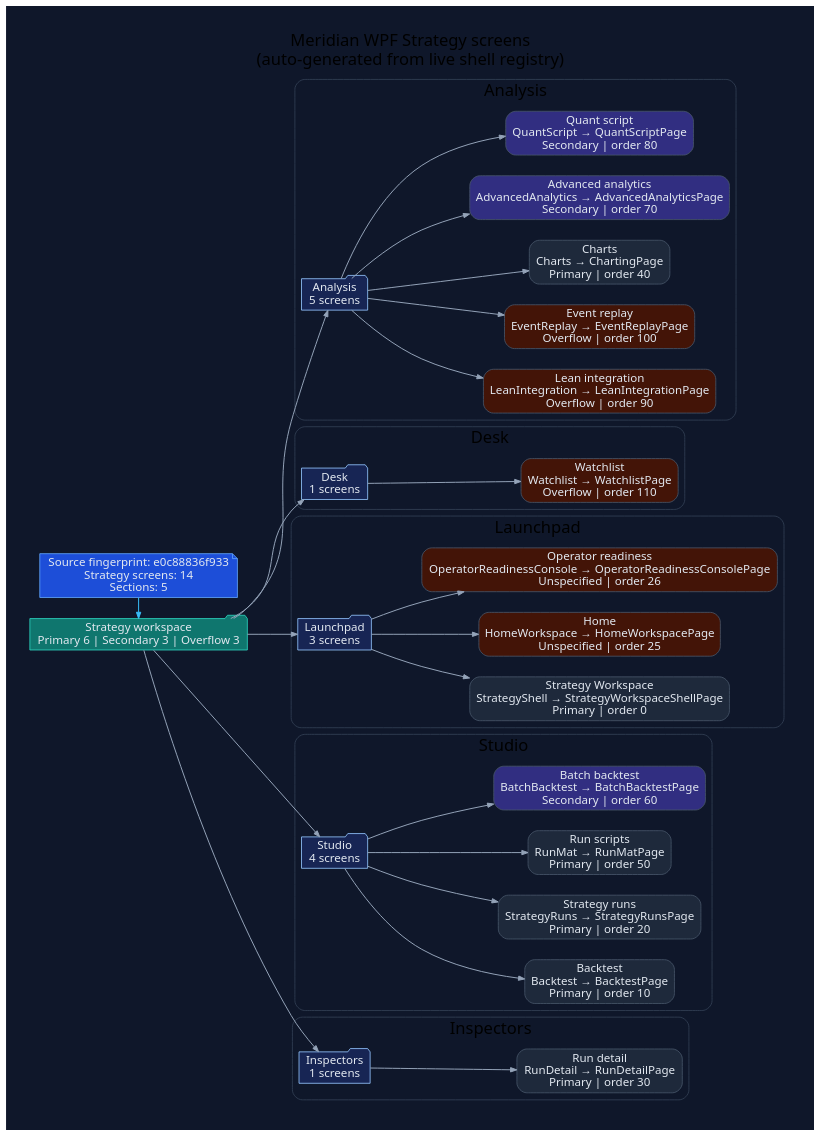
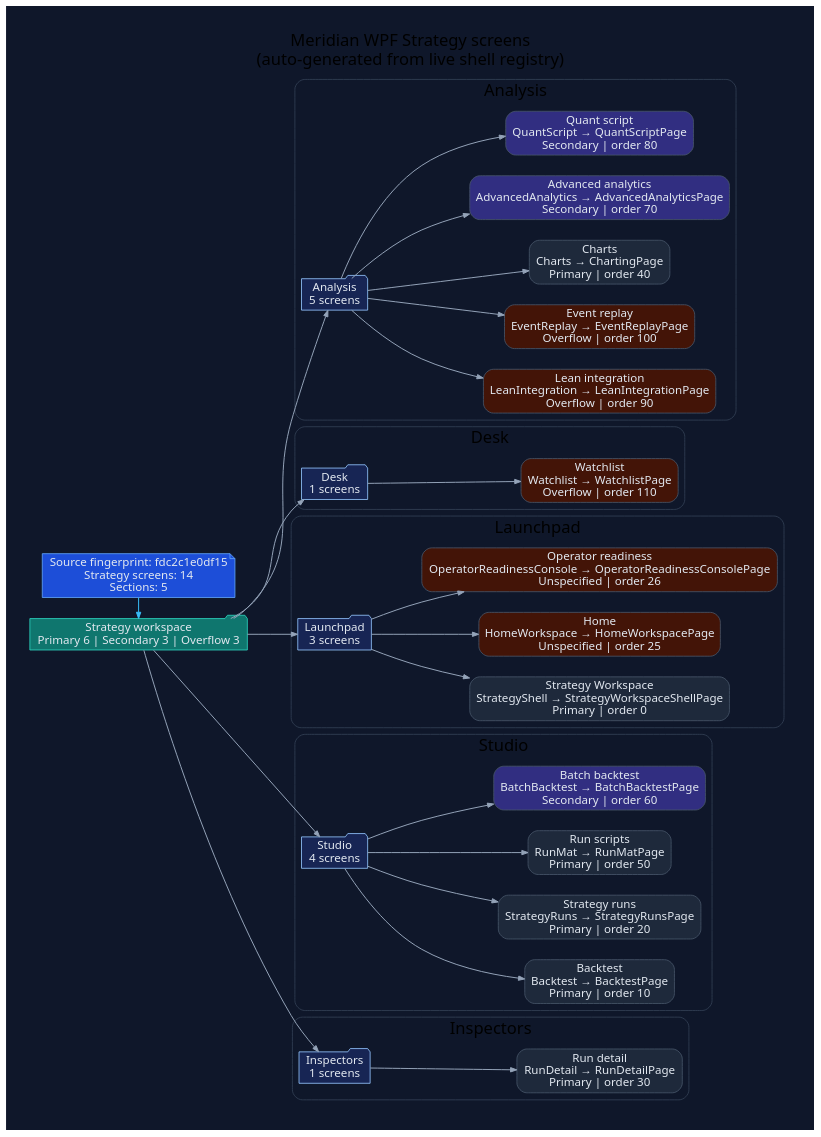
One commit to rodoHasArrived/Meridian-main changed the diagram in docs/diagrams/ui-wpf-screens-strategy.dot. Above: the diagram before and after it, drawn with Graphviz. The commit also changed 187 other files, not shown here.

```diff
--- a/docs/diagrams/ui-wpf-screens-strategy.dot
+++ b/docs/diagrams/ui-wpf-screens-strategy.dot
@@ -1,94 +1,94 @@
 // -----------------------------------------------------------------------------
 // <auto-generated>
 // Generated by scripts/generate-diagrams.mjs.
 // Do not edit this file directly; update the WPF source files instead.
 // -----------------------------------------------------------------------------
 digraph WpfStrategyScreens {
   graph [
     rankdir=LR,
     labelloc=t,
     label="Meridian WPF Strategy screens\n(auto-generated from live shell registry)",
     fontname="Segoe UI",
     fontsize=20,
     pad=0.4,
     nodesep=0.35,
     ranksep=0.85,
     bgcolor="#0f172a"
   ];
   node [fontname="Segoe UI", shape=box, style="rounded,filled", color="#475569", fontcolor="#e2e8f0", fillcolor="#1e293b"];
   edge [fontname="Segoe UI", color="#94a3b8", penwidth=1.2, arrowsize=0.75];
 
-  generated [shape=note, fillcolor="#1d4ed8", color="#60a5fa", label="Source fingerprint: e0c88836f933\nStrategy screens: 14\nSections: 5"];
+  generated [shape=note, fillcolor="#1d4ed8", color="#60a5fa", label="Source fingerprint: fdc2c1e0df15\nStrategy screens: 14\nSections: 5"];
   workspace [shape=folder, fillcolor="#0f766e", color="#2dd4bf", label="Strategy workspace\nPrimary 6 | Secondary 3 | Overflow 3"];
   generated -> workspace [color="#38bdf8"];
 
   subgraph cluster_section_1 {
     label="Analysis";
     color="#334155";
     style="rounded";
     section_1 [shape=folder, fillcolor="#172554", color="#93c5fd", label="Analysis\n5 screens"];
     workspace -> section_1;
     screen_LeanIntegration [fillcolor="#431407", label="Lean integration\nLeanIntegration → LeanIntegrationPage\nOverflow | order 90"];
     section_1 -> screen_LeanIntegration;
     screen_EventReplay [fillcolor="#431407", label="Event replay\nEventReplay → EventReplayPage\nOverflow | order 100"];
     section_1 -> screen_EventReplay;
     screen_Charts [fillcolor="#1e293b", label="Charts\nCharts → ChartingPage\nPrimary | order 40"];
     section_1 -> screen_Charts;
     screen_AdvancedAnalytics [fillcolor="#312e81", label="Advanced analytics\nAdvancedAnalytics → AdvancedAnalyticsPage\nSecondary | order 70"];
     section_1 -> screen_AdvancedAnalytics;
     screen_QuantScript [fillcolor="#312e81", label="Quant script\nQuantScript → QuantScriptPage\nSecondary | order 80"];
     section_1 -> screen_QuantScript;
   }
 
   subgraph cluster_section_2 {
     label="Desk";
     color="#334155";
     style="rounded";
     section_2 [shape=folder, fillcolor="#172554", color="#93c5fd", label="Desk\n1 screens"];
     workspace -> section_2;
     screen_Watchlist [fillcolor="#431407", label="Watchlist\nWatchlist → WatchlistPage\nOverflow | order 110"];
     section_2 -> screen_Watchlist;
   }
 
   subgraph cluster_section_3 {
     label="Launchpad";
     color="#334155";
     style="rounded";
     section_3 [shape=folder, fillcolor="#172554", color="#93c5fd", label="Launchpad\n3 screens"];
     workspace -> section_3;
     screen_StrategyShell [fillcolor="#1e293b", label="Strategy Workspace\nStrategyShell → StrategyWorkspaceShellPage\nPrimary | order 0"];
     section_3 -> screen_StrategyShell;
     screen_HomeWorkspace [fillcolor="#431407", label="Home\nHomeWorkspace → HomeWorkspacePage\nUnspecified | order 25"];
     section_3 -> screen_HomeWorkspace;
     screen_OperatorReadinessConsole [fillcolor="#431407", label="Operator readiness\nOperatorReadinessConsole → OperatorReadinessConsolePage\nUnspecified | order 26"];
     section_3 -> screen_OperatorReadinessConsole;
   }
 
   subgraph cluster_section_4 {
     label="Studio";
     color="#334155";
     style="rounded";
     section_4 [shape=folder, fillcolor="#172554", color="#93c5fd", label="Studio\n4 screens"];
     workspace -> section_4;
     screen_Backtest [fillcolor="#1e293b", label="Backtest\nBacktest → BacktestPage\nPrimary | order 10"];
     section_4 -> screen_Backtest;
     screen_StrategyRuns [fillcolor="#1e293b", label="Strategy runs\nStrategyRuns → StrategyRunsPage\nPrimary | order 20"];
     section_4 -> screen_StrategyRuns;
     screen_RunMat [fillcolor="#1e293b", label="Run scripts\nRunMat → RunMatPage\nPrimary | order 50"];
     section_4 -> screen_RunMat;
     screen_BatchBacktest [fillcolor="#312e81", label="Batch backtest\nBatchBacktest → BatchBacktestPage\nSecondary | order 60"];
     section_4 -> screen_BatchBacktest;
   }
 
   subgraph cluster_section_5 {
     label="Inspectors";
     color="#334155";
     style="rounded";
     section_5 [shape=folder, fillcolor="#172554", color="#93c5fd", label="Inspectors\n1 screens"];
     workspace -> section_5;
     screen_RunDetail [fillcolor="#1e293b", label="Run detail\nRunDetail → RunDetailPage\nPrimary | order 30"];
     section_5 -> screen_RunDetail;
   }
 
   { rank=min; generated; workspace; }
 }
```
